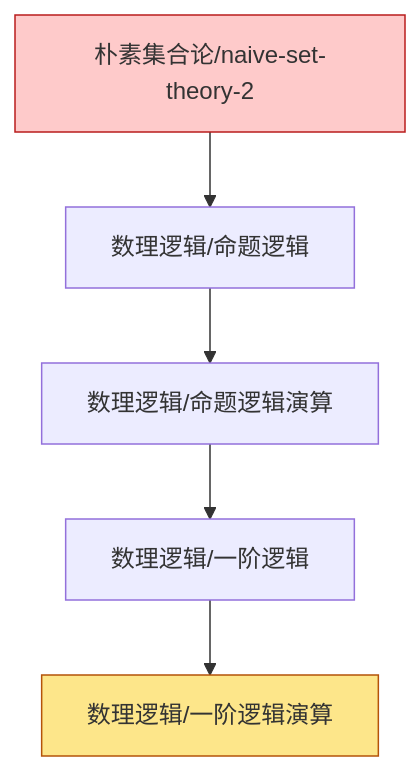
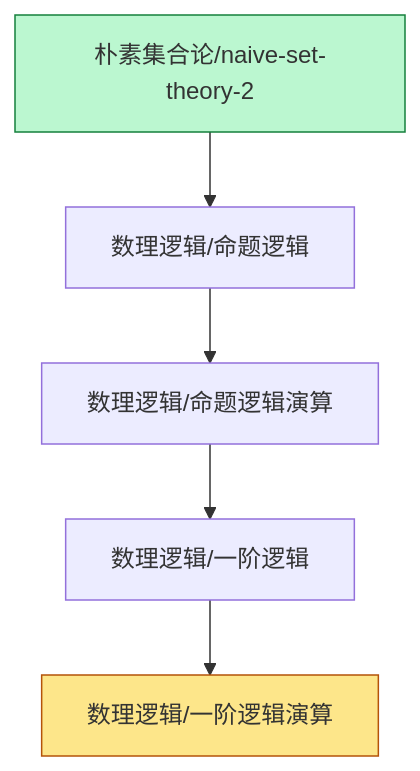
Before and after one commit to zeroDtree/zeroDtree.github.io: the diagram in content/数理逻辑/dependency_graph.md, drawn with Mermaid. The commit also changed 22 other files, not shown here.

````diff
--- a/content/数理逻辑/dependency_graph.md
+++ b/content/数理逻辑/dependency_graph.md
@@ -1,13 +1,11 @@
 ```mermaid
 graph TD
 1["数理逻辑/一阶逻辑"] --> 0["数理逻辑/一阶逻辑演算"]
 2["数理逻辑/命题逻辑演算"] --> 1["数理逻辑/一阶逻辑"]
 3["数理逻辑/命题逻辑"] --> 2["数理逻辑/命题逻辑演算"]
-5["朴素集合论/naive-set-theory-2"] --> 3["数理逻辑/命题逻辑"]
+4["朴素集合论/naive-set-theory-2"] --> 3["数理逻辑/命题逻辑"]
 classDef leaf fill:#fde68a,stroke:#b45309
 class 0 leaf
-classDef root fill:#bfdbfe,stroke:#1d4ed8
-class 4 root
-classDef externalRoot fill:#fecaca,stroke:#b91c1c
-class 5 externalRoot
+classDef foundationRoot fill:#bbf7d0,stroke:#15803d
+class 4 foundationRoot
 ```
````
